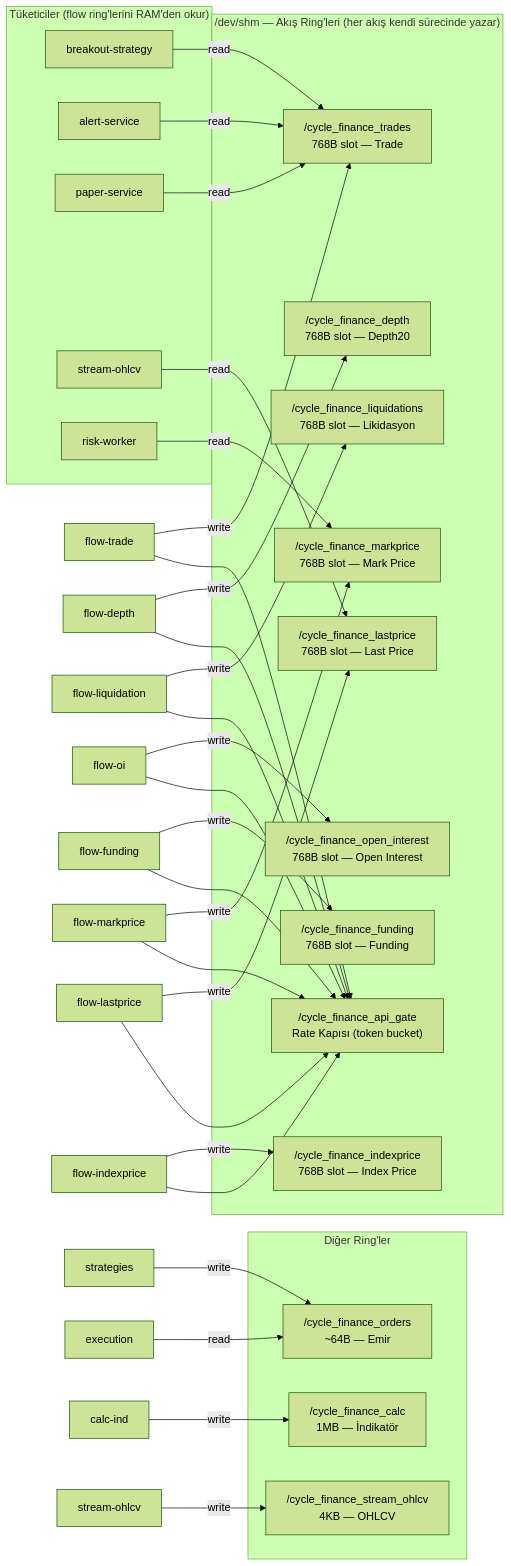
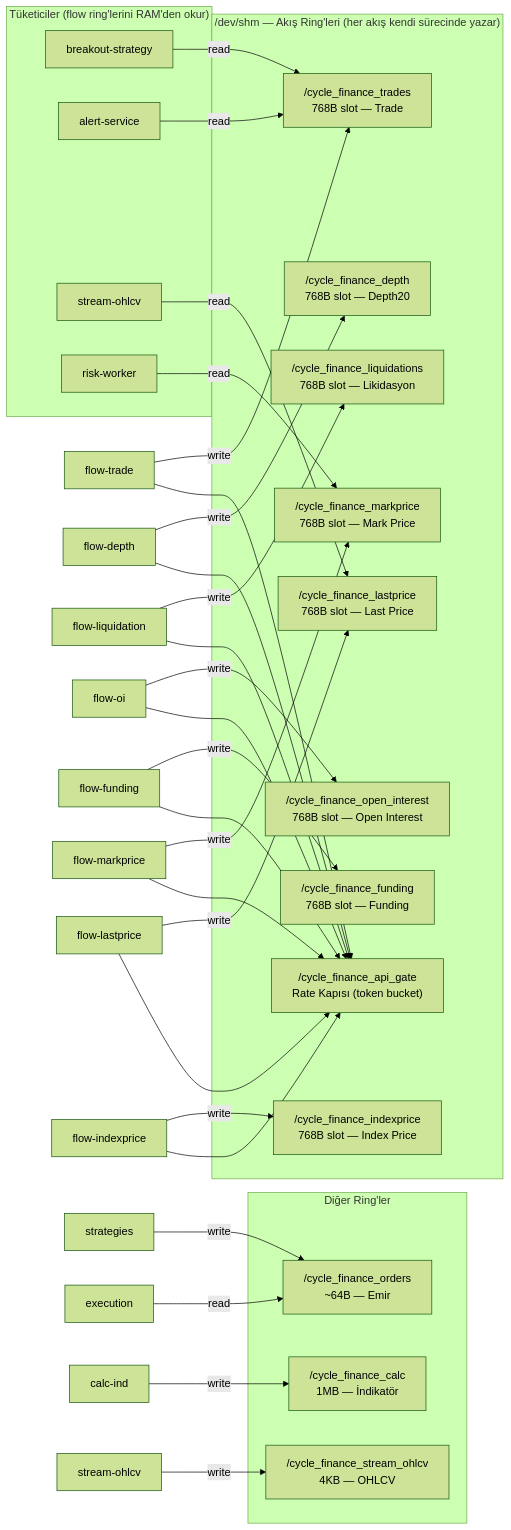
The tenth of 10 diagrams in cycle-engine/cycle_engine_architecture.md (Quant-Trade-Lab-Community/cycle_finance_bot), drawn with Mermaid (forest theme) before and after one commit. The commit also changed other lines of this file and 165 other files, not shown here.

Commit message:
docs: remove deleted services' code dumps and update architecture (Bölüm 3, 2, 1); update Cargo.toml workspace; update mermaid flowcharts; remove SQLite refs

````diff
--- a/cycle-engine/cycle_engine_architecture.md
+++ b/cycle-engine/cycle_engine_architecture.md
@@ -647,50 +646,49 @@
 ```mermaid
 graph LR
     subgraph "/dev/shm — Akış Ring'leri (her akış kendi sürecinde yazar)"
         R1["/cycle_finance_trades<br/>768B slot — Trade"]
         R2["/cycle_finance_depth<br/>768B slot — Depth20"]
         R3["/cycle_finance_liquidations<br/>768B slot — Likidasyon"]
         R4["/cycle_finance_open_interest<br/>768B slot — Open Interest"]
         R5["/cycle_finance_funding<br/>768B slot — Funding"]
         R6["/cycle_finance_markprice<br/>768B slot — Mark Price"]
         R7["/cycle_finance_lastprice<br/>768B slot — Last Price"]
         R8["/cycle_finance_indexprice<br/>768B slot — Index Price"]
         G1["/cycle_finance_api_gate<br/>Rate Kapısı (token bucket)"]
     end
 
     F1["flow-trade"] -->|write| R1
     F2["flow-depth"] -->|write| R2
     F3["flow-liquidation"] -->|write| R3
     F4["flow-oi"] -->|write| R4
     F5["flow-funding"] -->|write| R5
     F6["flow-markprice"] -->|write| R6
     F7["flow-lastprice"] -->|write| R7
     F8["flow-indexprice"] -->|write| R8
     F1 --> G1
     F2 --> G1
     F3 --> G1
     F4 --> G1
     F5 --> G1
     F6 --> G1
     F7 --> G1
     F8 --> G1
 
     subgraph "Diğer Ring'ler"
         R9["/cycle_finance_orders<br/>~64B — Emir"]
         R10["/cycle_finance_calc<br/>1MB — İndikatör"]
         R11["/cycle_finance_stream_ohlcv<br/>4KB — OHLCV"]
     end
 
     ST["strategies"] -->|write| R9
     EX["execution"] -->|read| R9
     CI["calc-ind"] -->|write| R10
     SO["stream-ohlcv"] -->|write| R11
 
     subgraph "Tüketiciler (flow ring'lerini RAM'den okur)"
         C1["breakout-strategy"] -->|read| R1
         C2["alert-service"] -->|read| R1
-        C4["paper-service"] -->|read| R1
         C5["stream-ohlcv"] -->|read| R7
         C6["risk-worker"] -->|read| R6
     end
 ```
````
